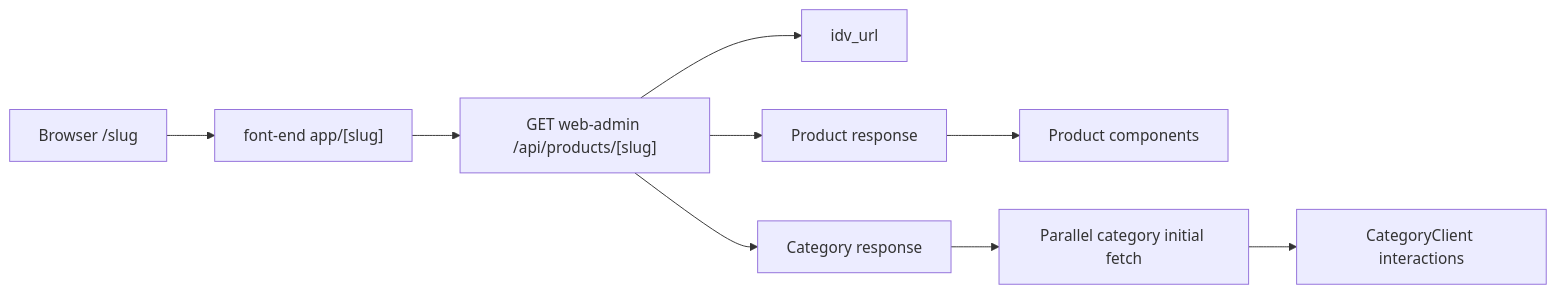
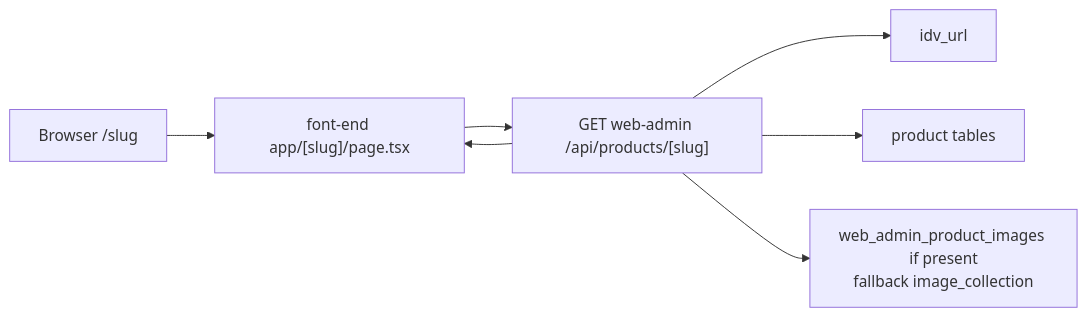
One commit to tranducnam11061996/web-tech changed the second of 5 diagrams in ARCHITECTURE.md. Above: the diagram before and after it, drawn with Mermaid. The commit also changed other lines of this file and 25 other files, not shown here.

Commit message:
Document search and product image changes

````diff
--- a/ARCHITECTURE.md
+++ b/ARCHITECTURE.md
@@ -29,11 +22,9 @@
 ```mermaid
 flowchart LR
-  U["Browser /slug"] --> S["font-end app/[slug]"]
-  S --> R["GET web-admin /api/products/[slug]"]
-  R --> URL["idv_url"]
-  R --> P["Product response"]
-  R --> C["Category response"]
-  P --> PV["Product components"]
-  C --> CF["Parallel category initial fetch"]
-  CF --> CC["CategoryClient interactions"]
+  Browser["Browser /slug"] --> Page["font-end app/[slug]/page.tsx"]
+  Page --> ProductAPI["GET web-admin /api/products/[slug]"]
+  ProductAPI --> UrlTable["idv_url"]
+  ProductAPI --> ProductTables["product tables"]
+  ProductAPI --> ImageMeta["web_admin_product_images if present\nfallback image_collection"]
+  ProductAPI --> Page
 ```
````
